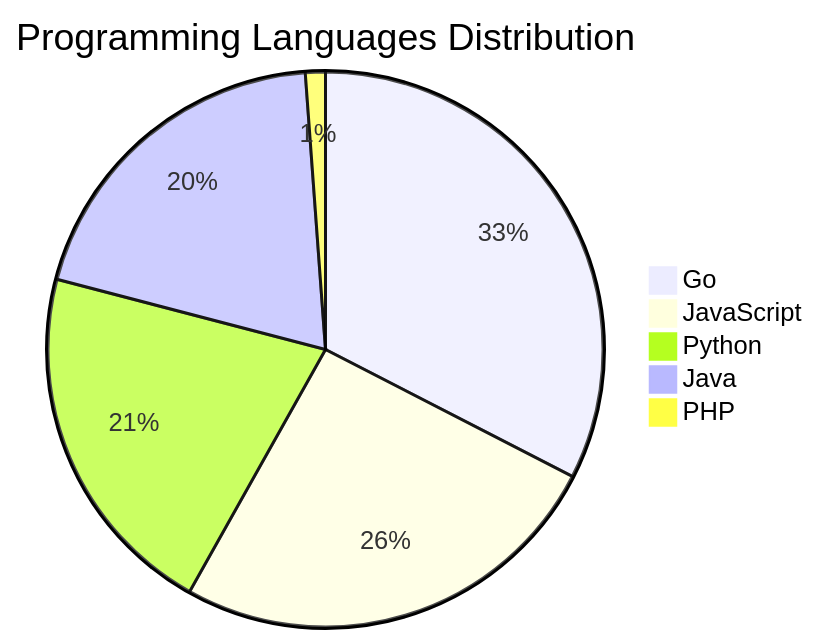
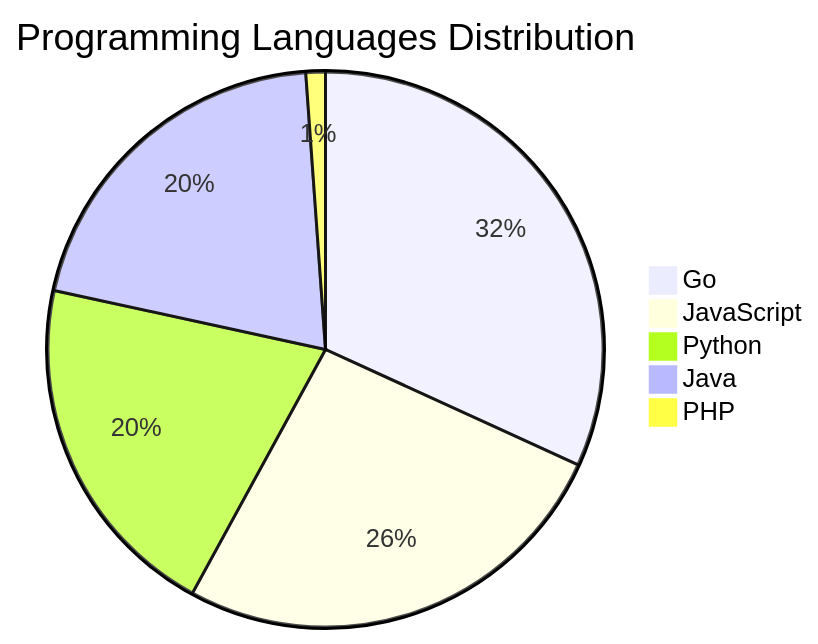
Before and after one commit to Derrick-MUGISHA/github-activity-bot: the diagram in README.md, drawn with Mermaid. The commit also changed other lines of this file and 3 other files, not shown here.

````diff
--- a/README.md
+++ b/README.md
@@ -69,8 +69,8 @@
 ```mermaid
 pie title Programming Languages Distribution
     "Go" : 28
-    "JavaScript" : 22
+    "JavaScript" : 23
     "Python" : 18
-    "Java" : 17
+    "Java" : 18
     "PHP" : 1
 ```
````
